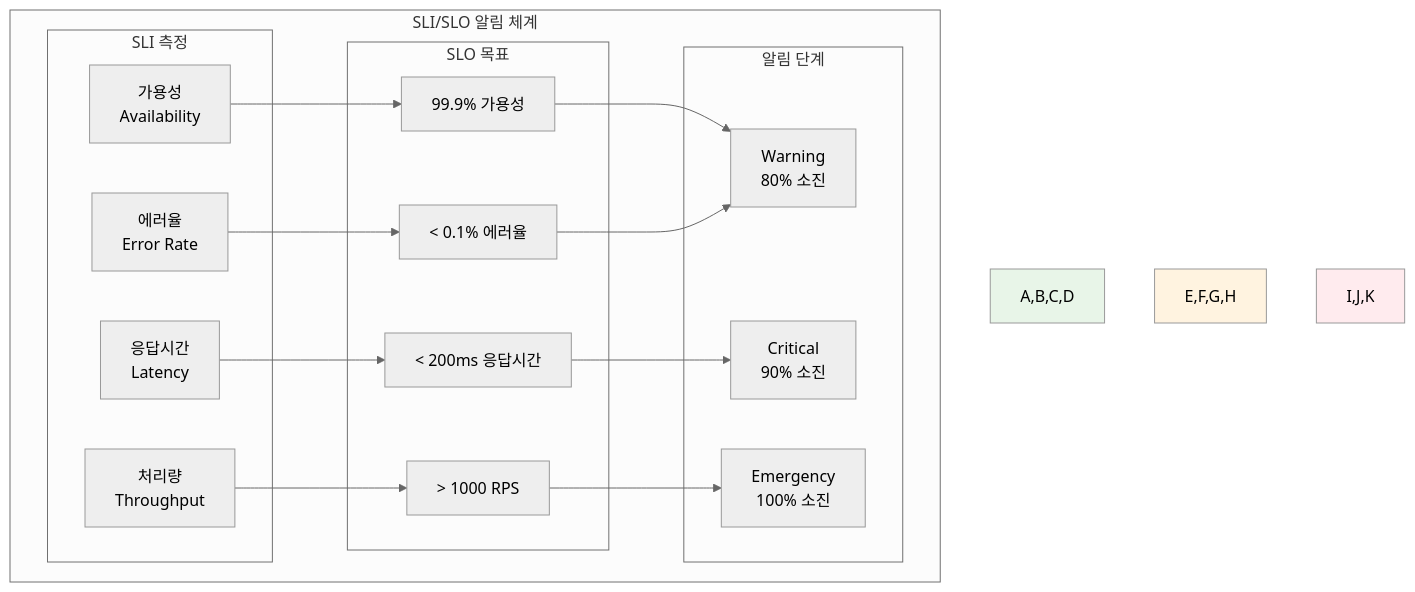
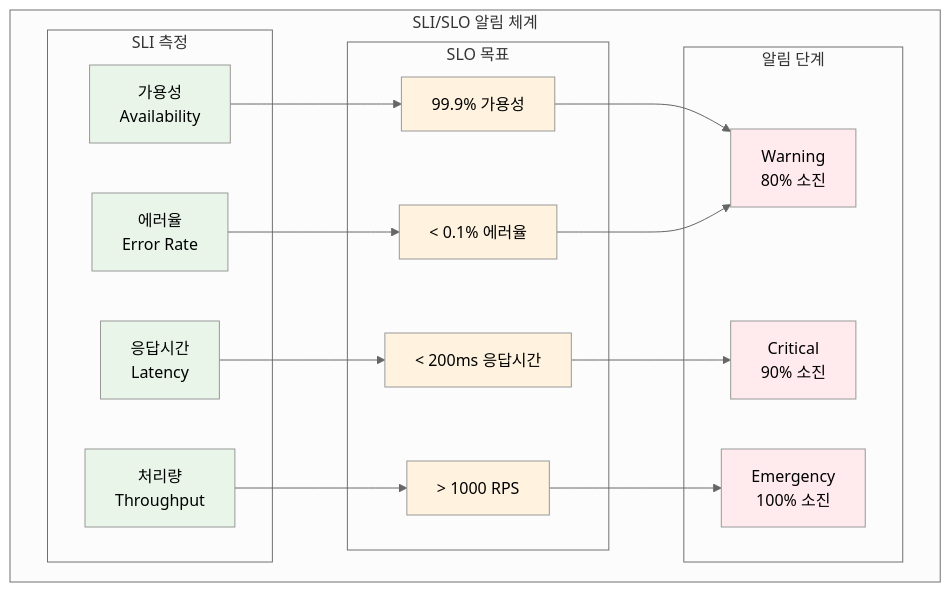
One commit to niceguy61/kdt_devops_lecture_2025 changed the second of 4 diagrams in theory/week_03/day5/README.md. Above: the diagram before and after it, drawn with Mermaid (neutral theme). The commit also changed other lines of this file and 12 other files, not shown here.

Commit message:
mermaid 수정

````diff
--- a/theory/week_03/day5/README.md
+++ b/theory/week_03/day5/README.md
@@ -202,33 +209,41 @@
 ```mermaid
 graph TB
     subgraph "SLI/SLO 알림 체계"
         subgraph "SLI 측정"
             A[가용성<br/>Availability]
             B[응답시간<br/>Latency]
             C[처리량<br/>Throughput]
             D[에러율<br/>Error Rate]
         end
         
         subgraph "SLO 목표"
             E[99.9% 가용성]
             F[< 200ms 응답시간]
             G[> 1000 RPS]
             H[< 0.1% 에러율]
         end
         
         subgraph "알림 단계"
             I[Warning<br/>80% 소진]
             J[Critical<br/>90% 소진]
             K[Emergency<br/>100% 소진]
         end
     end
     
     A --> E --> I
     B --> F --> J
     C --> G --> K
     D --> H --> I
     
-    style A,B,C,D fill:#e8f5e8
-    style E,F,G,H fill:#fff3e0
-    style I,J,K fill:#ffebee
+    style A fill:#e8f5e8
+    style B fill:#e8f5e8
+    style C fill:#e8f5e8
+    style D fill:#e8f5e8
+    style E fill:#fff3e0
+    style F fill:#fff3e0
+    style G fill:#fff3e0
+    style H fill:#fff3e0
+    style I fill:#ffebee
+    style J fill:#ffebee
+    style K fill:#ffebee
 ```
````
